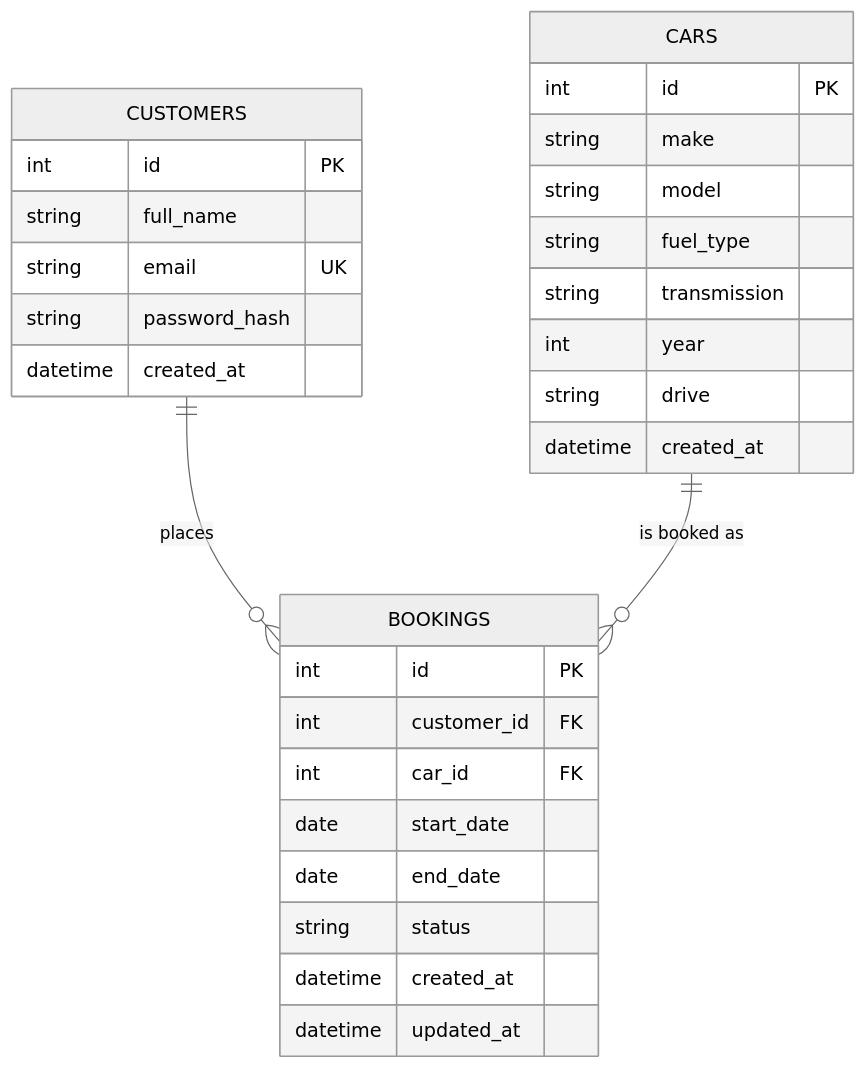
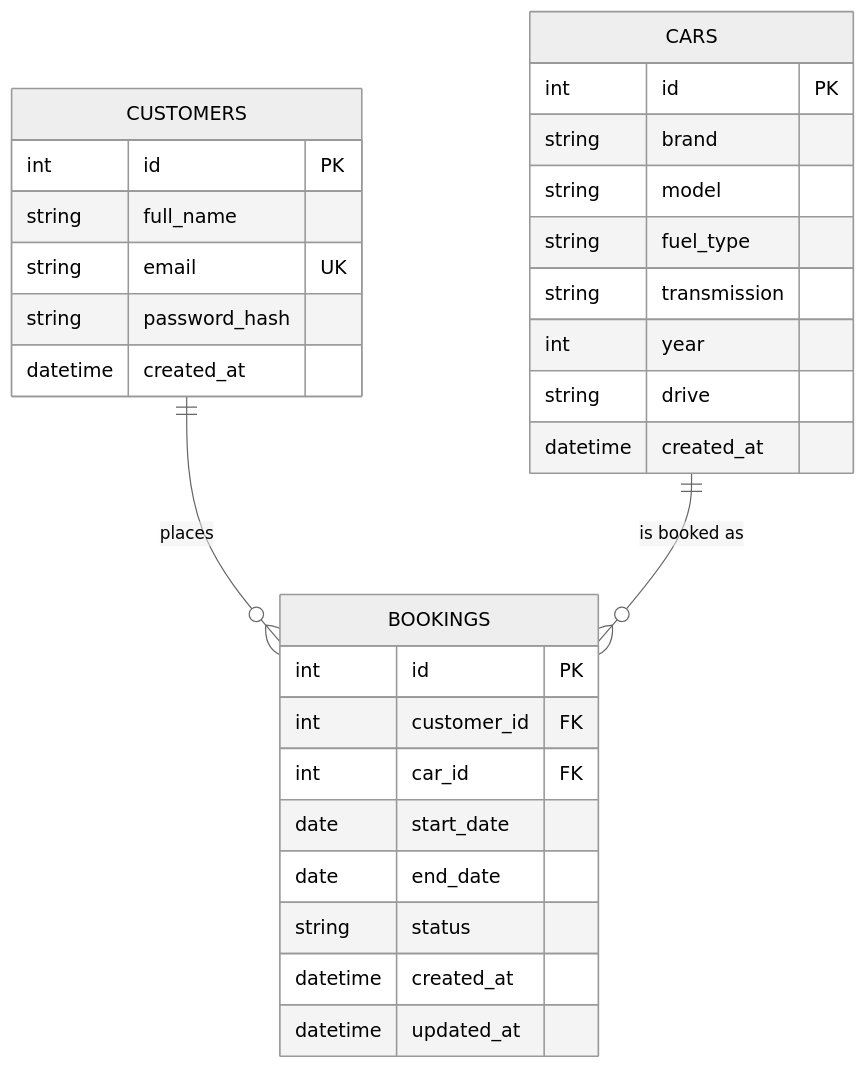
Before and after one commit to kevinleo1996f/carRental: the diagram in database-schema.mmd, drawn with Mermaid (neutral theme). The commit also changed 7 other files, not shown here.

```diff
--- a/database-schema.mmd
+++ b/database-schema.mmd
@@ -1,33 +1,33 @@
 erDiagram
     CUSTOMERS ||--o{ BOOKINGS : places
     CARS ||--o{ BOOKINGS : "is booked as"
 
     CUSTOMERS {
         int id PK
         string full_name
         string email UK
         string password_hash
         datetime created_at
     }
 
     CARS {
         int id PK
-        string make
+        string brand
         string model
         string fuel_type
         string transmission
         int year
         string drive
         datetime created_at
     }
 
     BOOKINGS {
         int id PK
         int customer_id FK
         int car_id FK
         date start_date
         date end_date
         string status
         datetime created_at
         datetime updated_at
     }
```
